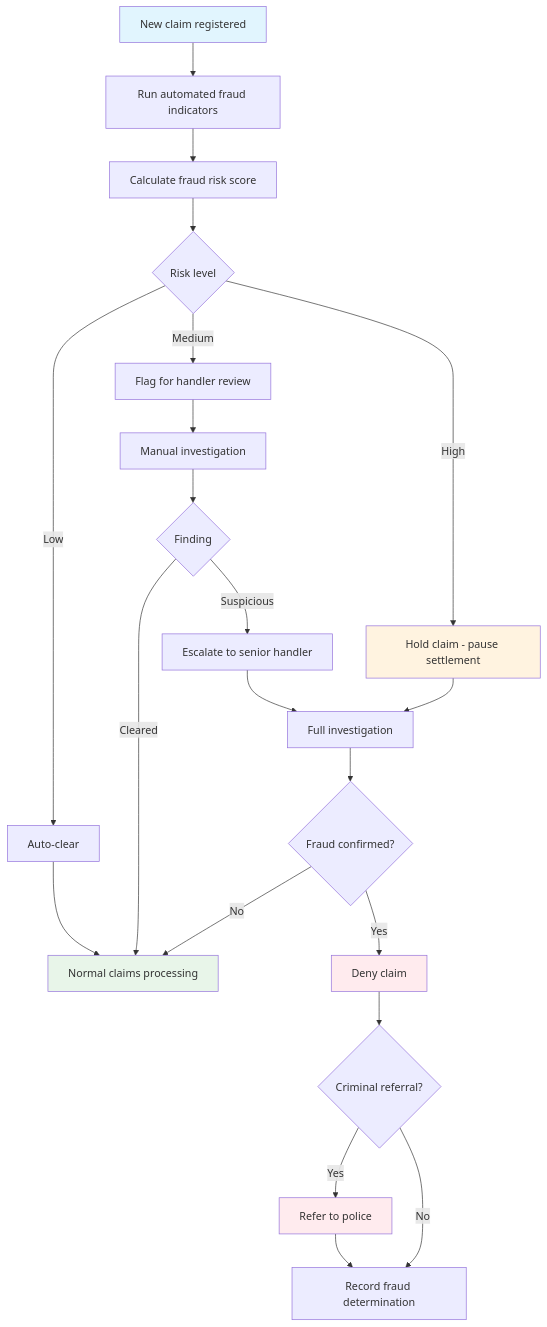
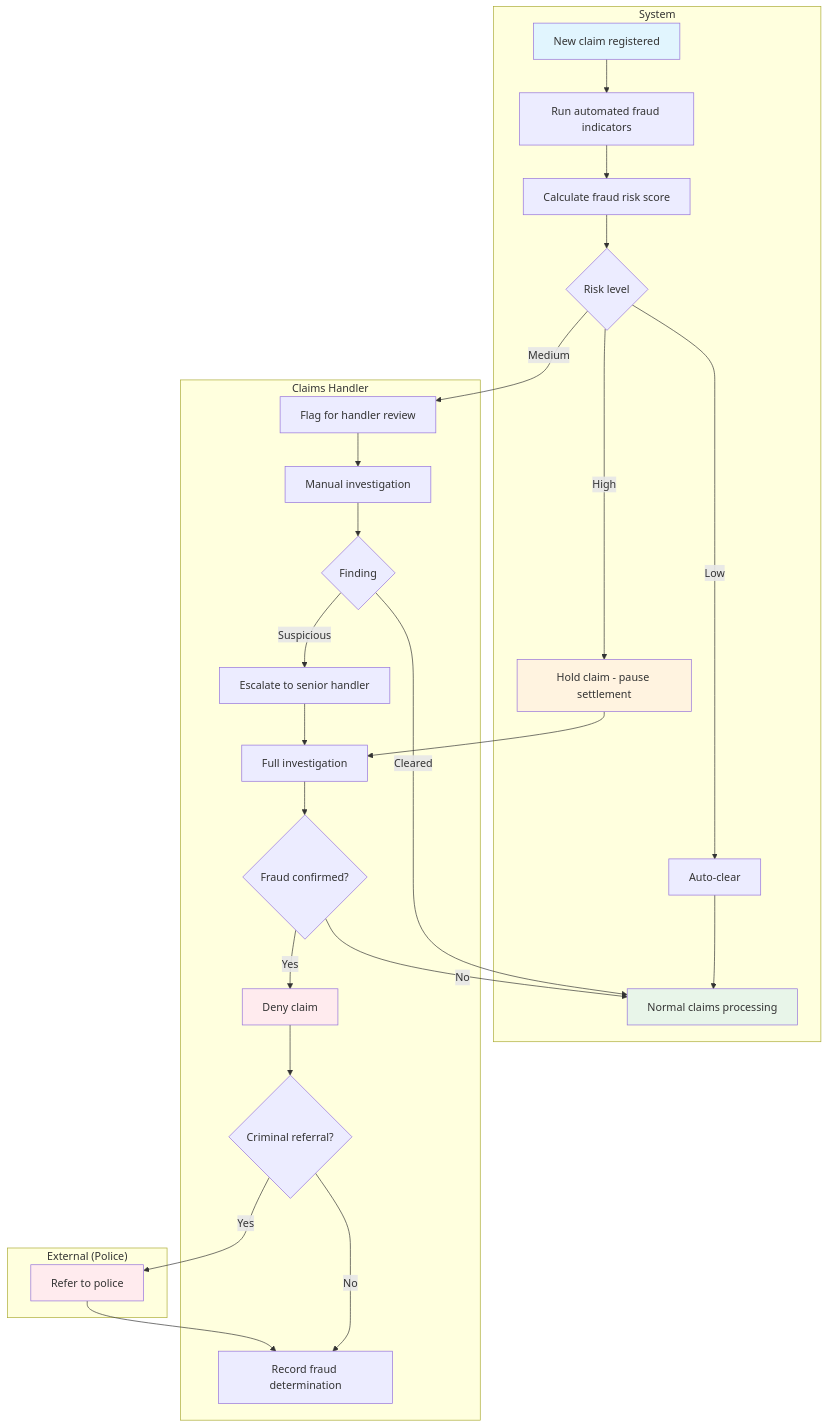
One commit to Agentic-software-factory/insurance-platform-requirements changed the first of 2 diagrams in docs/phase-1-motor/use-cases/uc-fraud-screening.md. Above: the diagram before and after it, drawn with Mermaid. The commit also changed 13 other files, not shown here.

````diff
--- a/docs/phase-1-motor/use-cases/uc-fraud-screening.md
+++ b/docs/phase-1-motor/use-cases/uc-fraud-screening.md
@@ -38,29 +38,53 @@
 ```mermaid
 flowchart TD
-    A[New claim registered] --> B[Run automated fraud indicators]
-    B --> C[Calculate fraud risk score]
-    C --> D{Risk level}
-    D -->|Low| E[Auto-clear]
-    E --> F[Normal claims processing]
-    D -->|Medium| G[Flag for handler review]
-    G --> H[Manual investigation]
-    H --> I{Finding}
+    subgraph System
+        A[New claim registered]
+        B[Run automated fraud indicators]
+        C[Calculate fraud risk score]
+        D{Risk level}
+        E[Auto-clear]
+        F[Normal claims processing]
+        K[Hold claim - pause settlement]
+    end
+    subgraph Claims Handler
+        G[Flag for handler review]
+        H[Manual investigation]
+        I{Finding}
+        J[Escalate to senior handler]
+        L[Full investigation]
+        M{Fraud confirmed?}
+        N[Deny claim]
+        O{Criminal referral?}
+        Q[Record fraud determination]
+    end
+    subgraph External["External (Police)"]
+        P[Refer to police]
+    end
+
+    A --> B
+    B --> C
+    C --> D
+    D -->|Low| E
+    E --> F
+    D -->|Medium| G
+    G --> H
+    H --> I
     I -->|Cleared| F
-    I -->|Suspicious| J[Escalate to senior handler]
-    D -->|High| K[Hold claim - pause settlement]
-    K --> L[Full investigation]
-    L --> M{Fraud confirmed?}
+    I -->|Suspicious| J
+    D -->|High| K
+    K --> L
+    L --> M
     M -->|No| F
-    M -->|Yes| N[Deny claim]
-    N --> O{Criminal referral?}
-    O -->|Yes| P[Refer to police]
-    O -->|No| Q[Record fraud determination]
+    M -->|Yes| N
+    N --> O
+    O -->|Yes| P
+    O -->|No| Q
     P --> Q
     J --> L
 
     style A fill:#e1f5fe
     style F fill:#e8f5e9
     style N fill:#ffebee
     style P fill:#ffebee
     style K fill:#fff3e0
 ```
````
